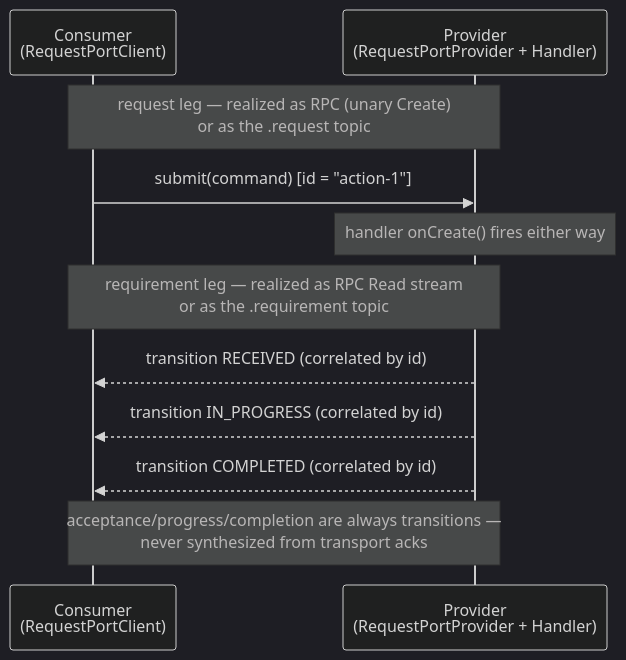
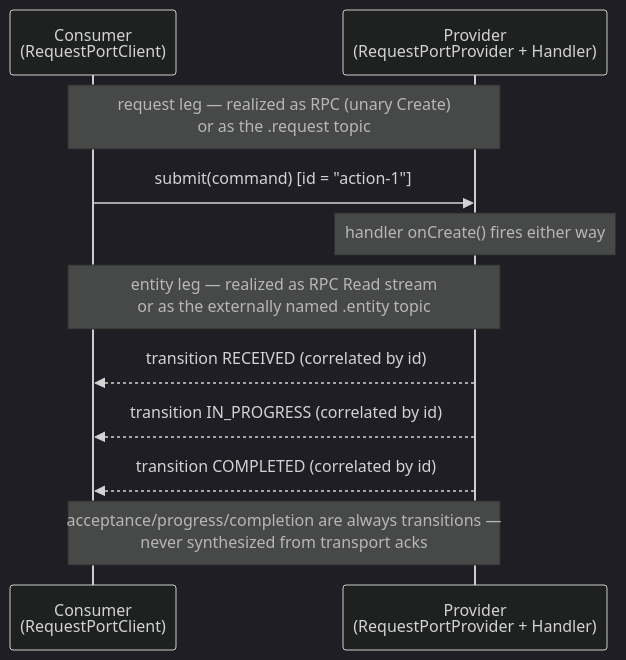
The third of 3 diagrams in subprojects/PYRAMID/doc/guides/pyramid_user_guide.md (Ackoogin/mujin), drawn with Mermaid (dark theme) before and after one commit. The commit also changed other lines of this file and 73 other files, not shown here.

First line of the commit message:
Complete the port-grammar requirement->entity rename

````diff
--- a/subprojects/PYRAMID/doc/guides/pyramid_user_guide.md
+++ b/subprojects/PYRAMID/doc/guides/pyramid_user_guide.md
@@ -321,16 +321,16 @@
 ```mermaid
 sequenceDiagram
   participant C as Consumer<br/>(RequestPortClient)
   participant P as Provider<br/>(RequestPortProvider + Handler)
 
   Note over C,P: request leg — realized as RPC (unary Create)<br/>or as the .request topic
   C->>P: submit(command)   [id = "action-1"]
   Note over P: handler onCreate() fires either way
 
-  Note over C,P: requirement leg — realized as RPC Read stream<br/>or as the .requirement topic
+  Note over C,P: entity leg — realized as RPC Read stream<br/>or as the externally named .entity topic
   P-->>C: transition RECEIVED    (correlated by id)
   P-->>C: transition IN_PROGRESS (correlated by id)
   P-->>C: transition COMPLETED   (correlated by id)
 
   Note over C,P: acceptance/progress/completion are always transitions —<br/>never synthesized from transport acks
 ```
````
